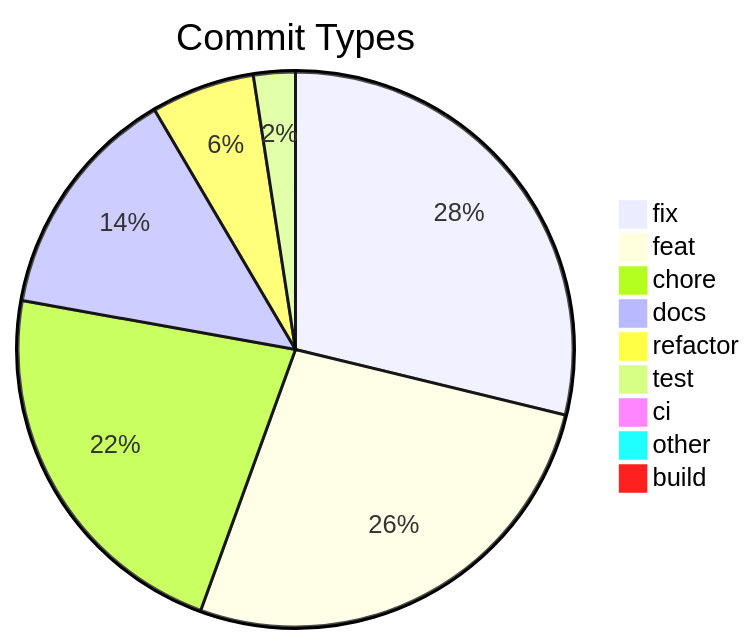
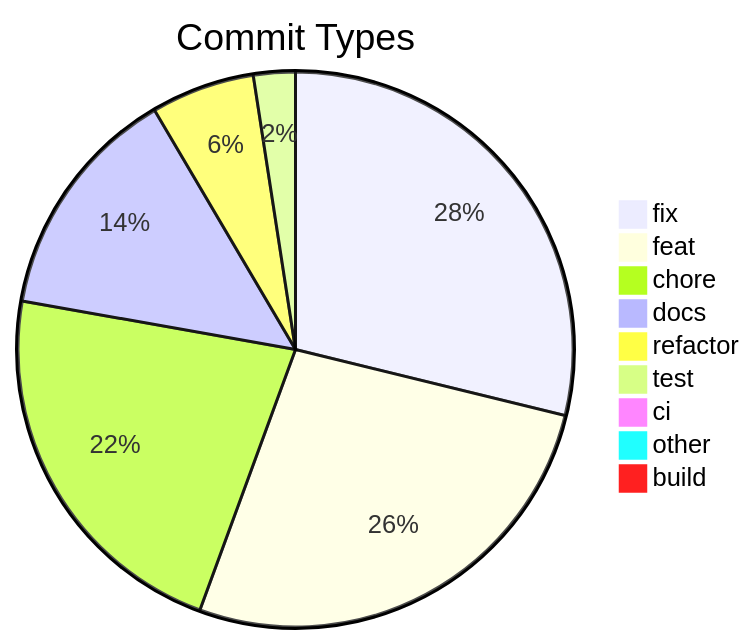
Before and after one commit to svenroth-ai/shipwright: the diagram in .shipwright/compliance/change-history.md, drawn with Mermaid. The commit also changed other lines of this file and 22 other files, not shown here.

````diff
--- a/.shipwright/compliance/change-history.md
+++ b/.shipwright/compliance/change-history.md
@@ -8,12 +8,12 @@
 ```mermaid
 pie title Commit Types
     "fix" : 296
     "feat" : 275
-    "chore" : 229
+    "chore" : 228
     "docs" : 141
     "refactor" : 62
     "test" : 25
     "ci" : 7
     "other" : 7
     "build" : 1
 ```
````
